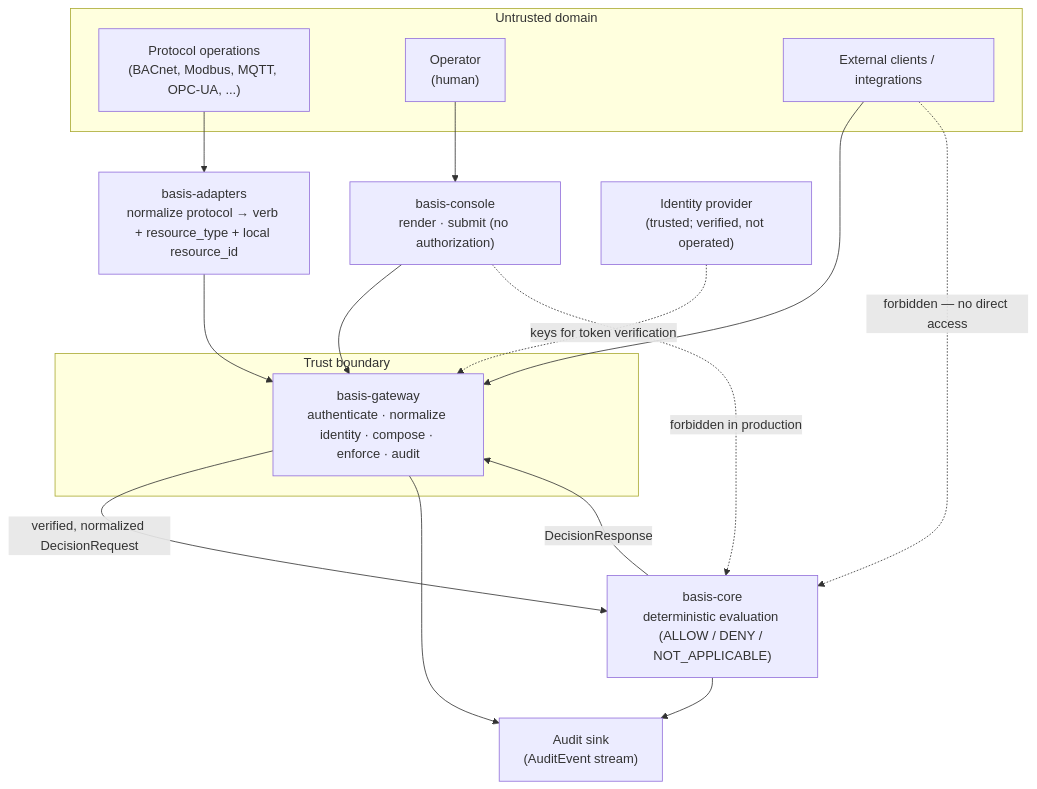
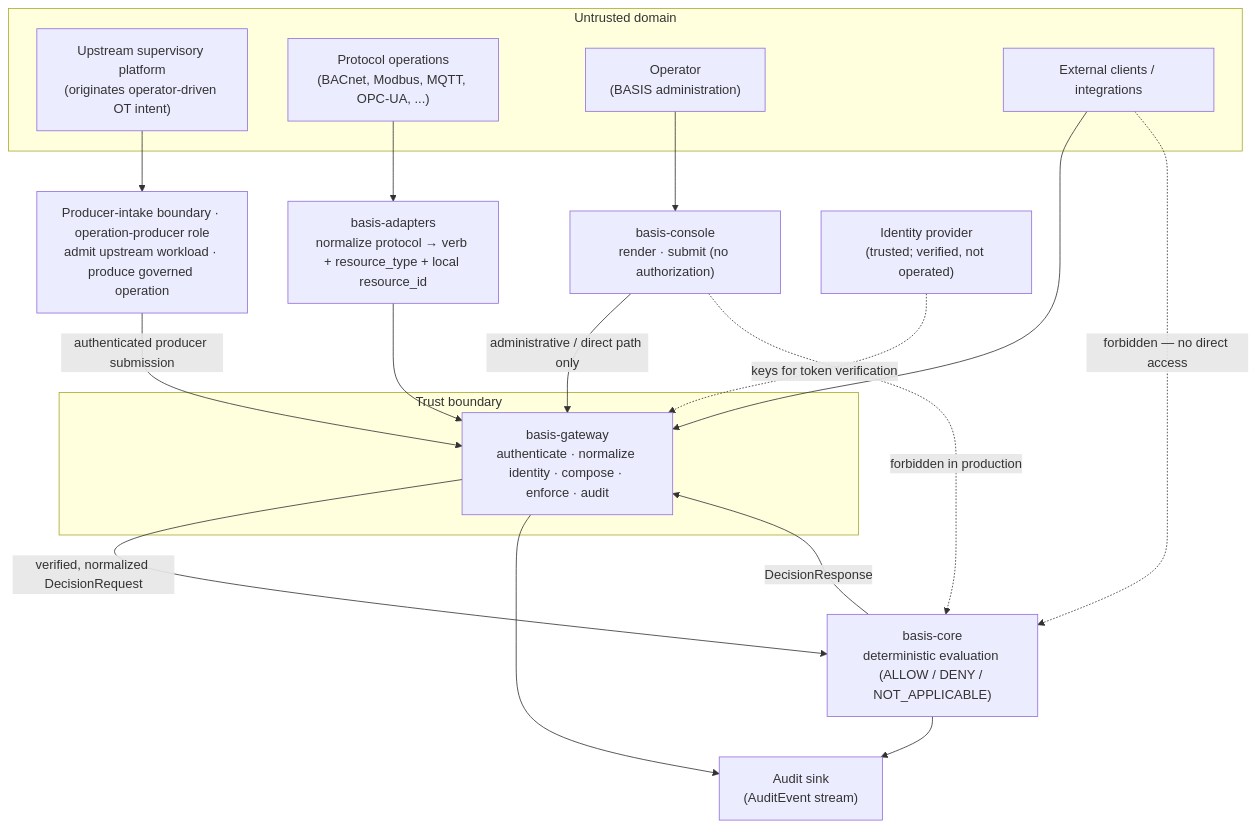
Before and after one commit to basis-foundation/basis-architecture: the diagram in docs/security/threat-model.md, drawn with Mermaid. The commit also changed other lines of this file and 7 other files, not shown here.

````diff
--- a/docs/security/threat-model.md
+++ b/docs/security/threat-model.md
@@ -34,33 +34,37 @@
 ```mermaid
 flowchart TD
     subgraph Untrusted["Untrusted domain"]
+        Supervisory["Upstream supervisory platform<br/>(originates operator-driven OT intent)"]
         Protocol["Protocol operations<br/>(BACnet, Modbus, MQTT, OPC-UA, ...)"]
-        Operator["Operator<br/>(human)"]
+        Operator["Operator<br/>(BASIS administration)"]
         Client["External clients / integrations"]
     end
 
+    Producer["Producer-intake boundary · operation-producer role<br/>admit upstream workload · produce governed operation"]
     Adapters["basis-adapters<br/>normalize protocol → verb + resource_type + local resource_id"]
     Console["basis-console<br/>render · submit (no authorization)"]
 
     subgraph TrustBoundary["Trust boundary"]
         Gateway["basis-gateway<br/>authenticate · normalize identity · compose · enforce · audit"]
     end
 
     IdP["Identity provider<br/>(trusted; verified, not operated)"]
     Core["basis-core<br/>deterministic evaluation (ALLOW / DENY / NOT_APPLICABLE)"]
     Audit["Audit sink<br/>(AuditEvent stream)"]
 
+    Supervisory --> Producer
+    Producer -->|authenticated producer submission| Gateway
     Protocol --> Adapters
     Adapters --> Gateway
     Operator --> Console
-    Console --> Gateway
+    Console -->|administrative / direct path only| Gateway
     Client --> Gateway
     IdP -. "keys for token verification" .-> Gateway
     Gateway -->|verified, normalized DecisionRequest| Core
     Core -->|DecisionResponse| Gateway
     Gateway --> Audit
     Core --> Audit
 
     Client -. "forbidden — no direct access" .-> Core
     Console -. "forbidden in production" .-> Core
 ```
````
